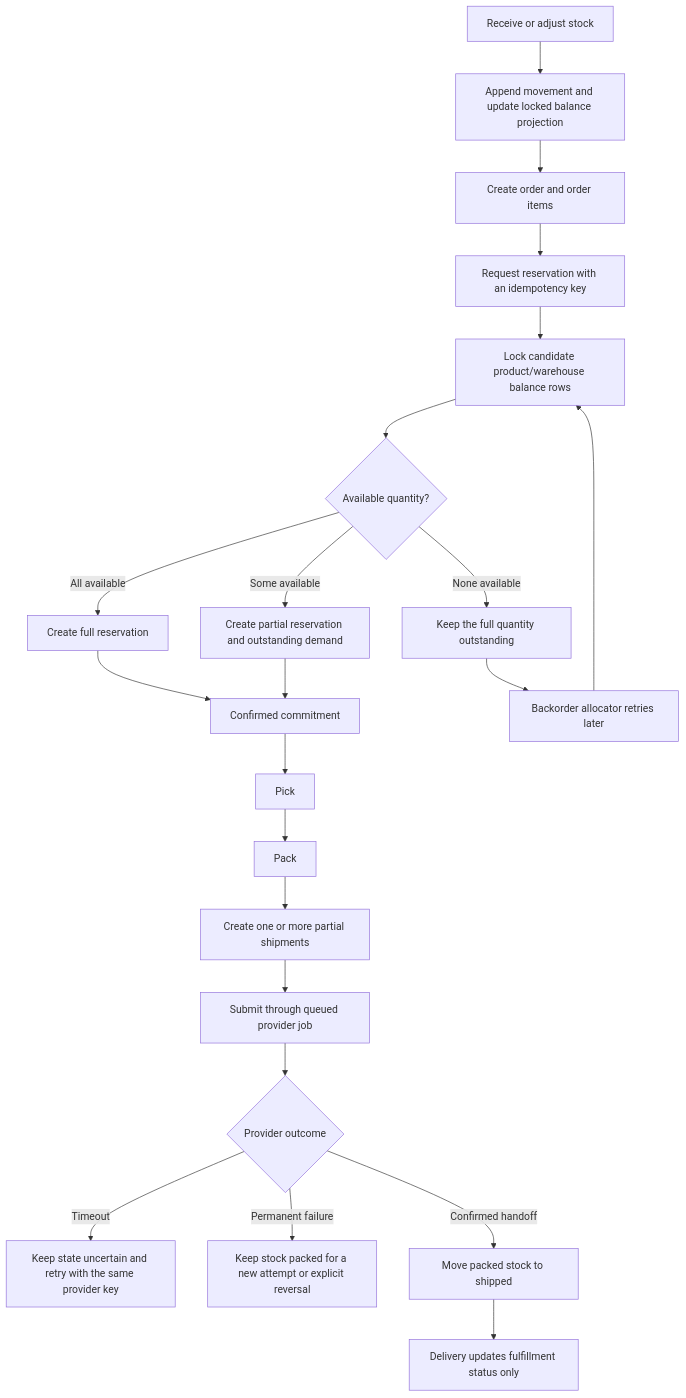
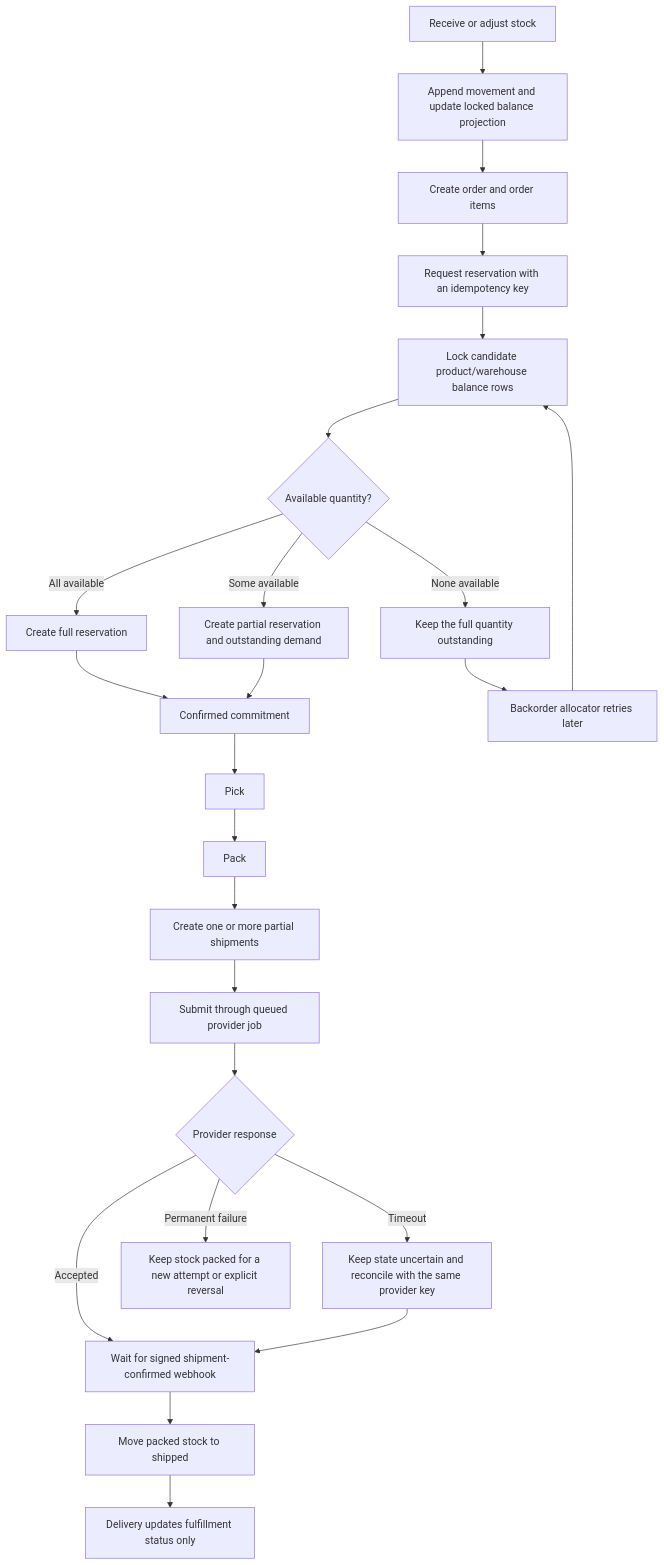
One commit to Moustafa-Ahmed/warehouse-inventory-engine changed the diagram in docs/business-rules/README.md. Above: the diagram before and after it, drawn with Mermaid. The commit also changed other lines of this file and 13 other files, not shown here.

````diff
--- a/docs/business-rules/README.md
+++ b/docs/business-rules/README.md
@@ -29,24 +30,26 @@
 ```mermaid
 flowchart TD
     A["Receive or adjust stock"] --> B["Append movement and update locked balance projection"]
     B --> C["Create order and order items"]
     C --> D["Request reservation with an idempotency key"]
     D --> E["Lock candidate product/warehouse balance rows"]
     E --> F{"Available quantity?"}
     F -->|"All available"| G["Create full reservation"]
     F -->|"Some available"| H["Create partial reservation and outstanding demand"]
     F -->|"None available"| I["Keep the full quantity outstanding"]
     G --> J["Confirmed commitment"]
     H --> J
     I --> K["Backorder allocator retries later"]
     K --> E
     J --> L["Pick"]
     L --> M["Pack"]
     M --> N["Create one or more partial shipments"]
     N --> O["Submit through queued provider job"]
-    O --> P{"Provider outcome"}
-    P -->|"Timeout"| Q["Keep state uncertain and retry with the same provider key"]
+    O --> P{"Provider response"}
+    P -->|"Timeout"| Q["Keep state uncertain and reconcile with the same provider key"]
     P -->|"Permanent failure"| R["Keep stock packed for a new attempt or explicit reversal"]
-    P -->|"Confirmed handoff"| S["Move packed stock to shipped"]
+    P -->|"Accepted"| U["Wait for signed shipment-confirmed webhook"]
+    Q --> U
+    U --> S["Move packed stock to shipped"]
     S --> T["Delivery updates fulfillment status only"]
 ```
````
